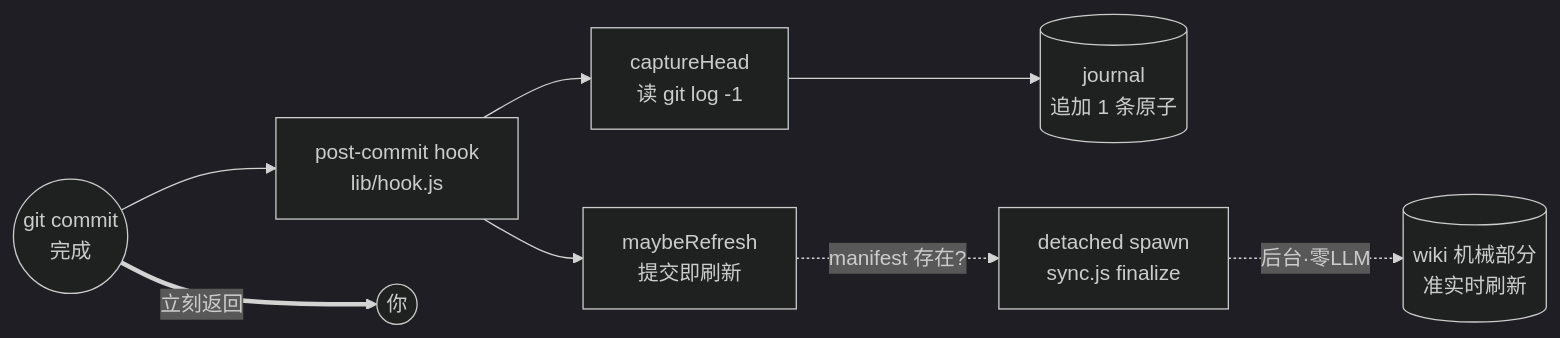
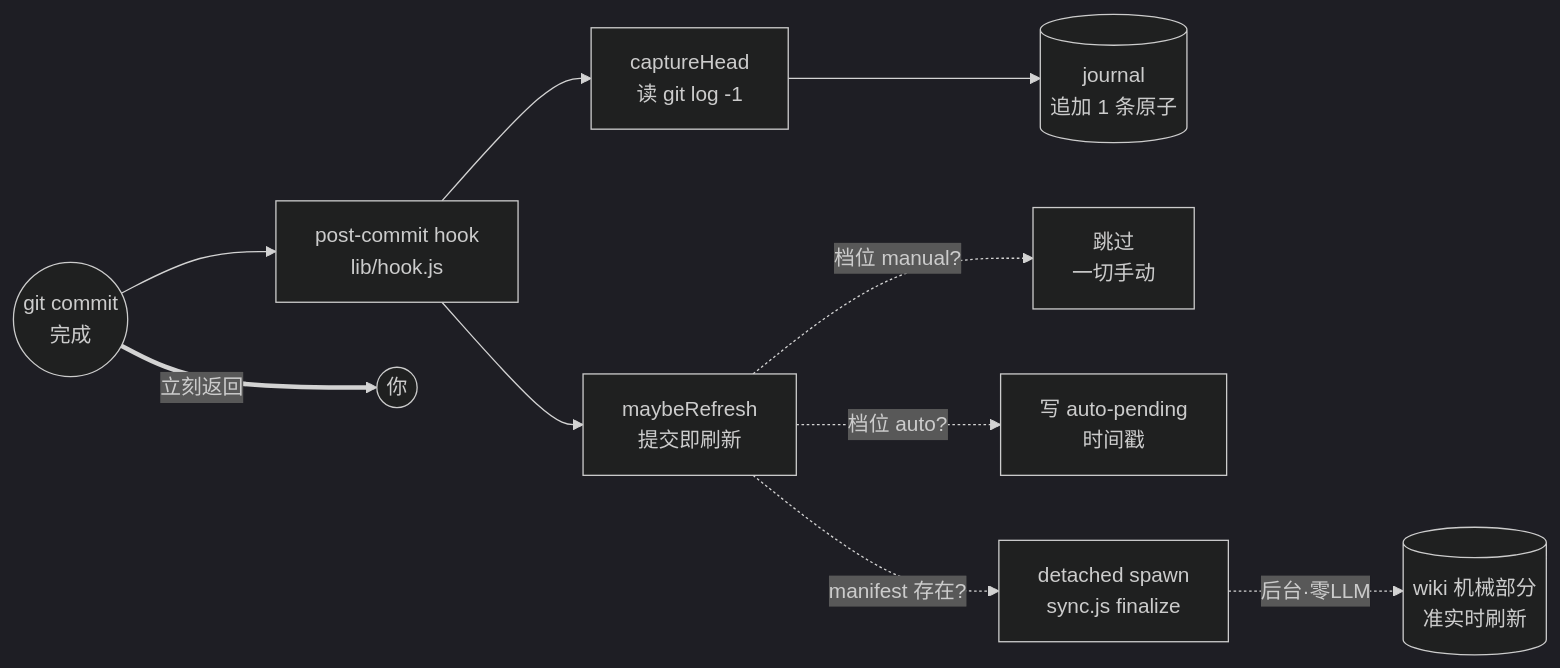
Before and after one commit to shenhuanageshei/lore: the diagram in .lore/wiki/component/hook.md, drawn with Mermaid (dark theme). The commit also changed other lines of this file and 13 other files, not shown here.

First line of the commit message:
docs(wiki): /lore:sync — 7 stale pages rewritten to current architecture

````diff
--- a/.lore/wiki/component/hook.md
+++ b/.lore/wiki/component/hook.md
@@ -19,10 +19,12 @@
 ```mermaid
 flowchart LR
   commit(("git commit<br/>完成")) --> hook["post-commit hook<br/>lib/hook.js"]
   hook --> cap["captureHead<br/>读 git log -1"]
   hook --> ref["maybeRefresh<br/>提交即刷新"]
   cap --> journal[("journal<br/>追加 1 条原子")]
+  ref -. 档位 manual? .-> stop["跳过<br/>一切手动"]
+  ref -. 档位 auto? .-> pend["写 auto-pending<br/>时间戳"]
   ref -. manifest 存在? .-> spawn["detached spawn<br/>sync.js finalize"]
   spawn -. 后台·零LLM .-> wiki[("wiki 机械部分<br/>准实时刷新")]
   commit ==立刻返回==> you((你))
 ```
````
